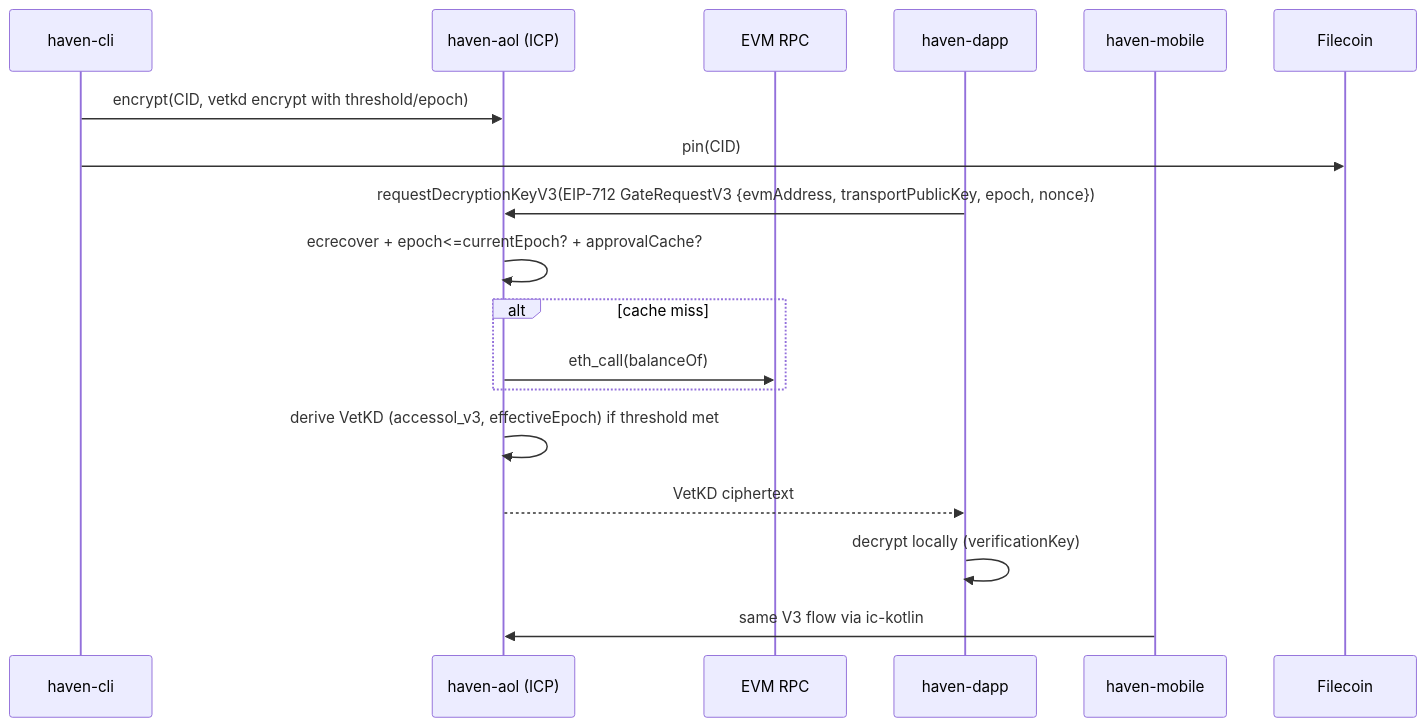
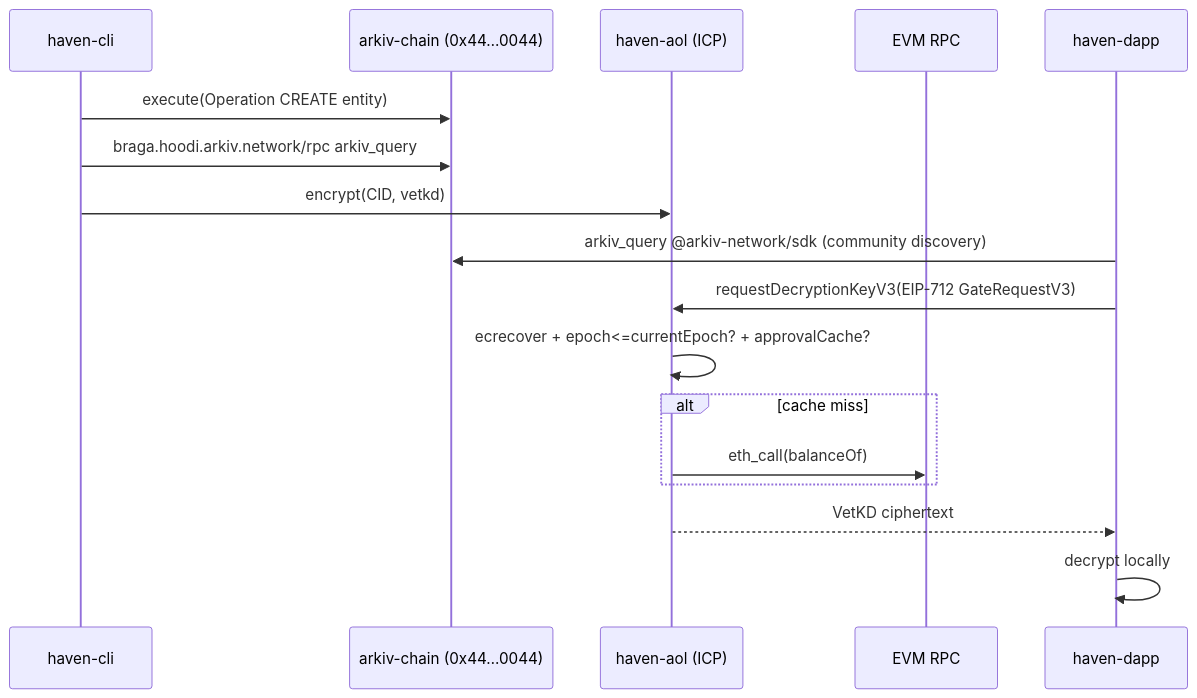
The diagram in architecture/00-platform-overview.md (Haven-hvn/docs), drawn with Mermaid before and after one commit. The commit also changed other lines of this file and 4 other files, not shown here.

First line of the commit message:
docs: include arkiv-chain entity contract (fix miss) + Corbell UI screenshot

````diff
--- a/architecture/00-platform-overview.md
+++ b/architecture/00-platform-overview.md
@@ -33,19 +33,19 @@
 ```mermaid
 sequenceDiagram
-  participant Uploader as haven-cli
+  participant CLI as haven-cli
+  participant ARKIV as arkiv-chain (0x44…0044)
   participant AOL as haven-aol (ICP)
   participant Chain as EVM RPC
   participant DApp as haven-dapp
-  participant Mobile as haven-mobile
-  Uploader->>AOL: encrypt(CID, vetkd encrypt with threshold/epoch)
-  Uploader->>Filecoin: pin(CID)
-  DApp->>AOL: requestDecryptionKeyV3(EIP-712 GateRequestV3 {evmAddress, transportPublicKey, epoch, nonce})
+  CLI->>ARKIV: execute(Operation CREATE entity)
+  CLI->>ARKIV: braga.hoodi.arkiv.network/rpc arkiv_query
+  CLI->>AOL: encrypt(CID, vetkd)
+  DApp->>ARKIV: arkiv_query @arkiv-network/sdk (community discovery)
+  DApp->>AOL: requestDecryptionKeyV3(EIP-712 GateRequestV3)
   AOL->>AOL: ecrecover + epoch<=currentEpoch? + approvalCache?
   alt cache miss
     AOL->>Chain: eth_call(balanceOf)
   end
-  AOL->>AOL: derive VetKD (accessol_v3, effectiveEpoch) if threshold met
   AOL-->>DApp: VetKD ciphertext
-  DApp->>DApp: decrypt locally (verificationKey)
-  Mobile->>AOL: same V3 flow via ic-kotlin
+  DApp->>DApp: decrypt locally
 ```
````
